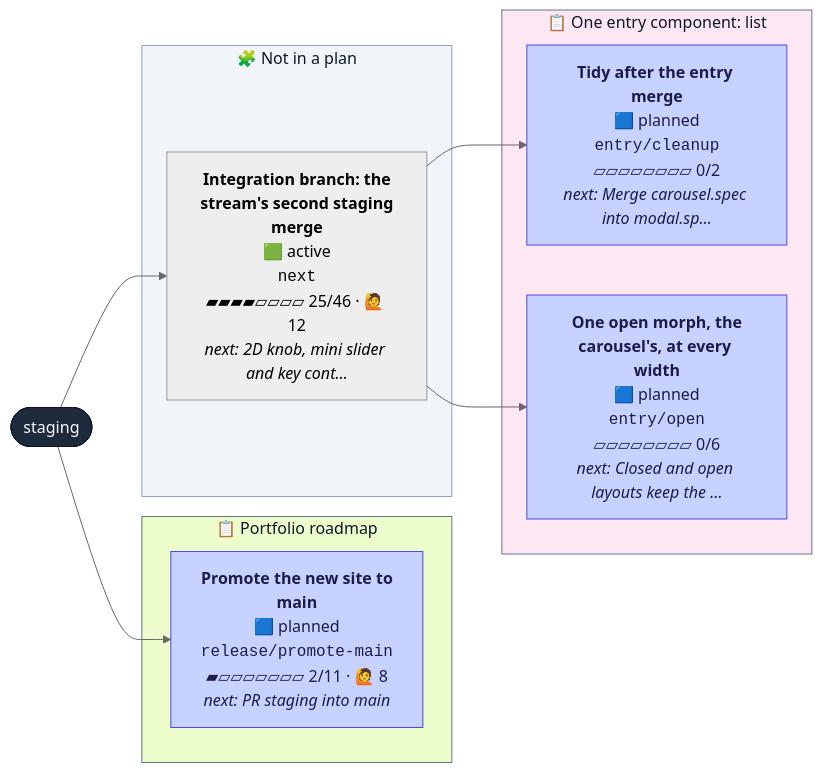
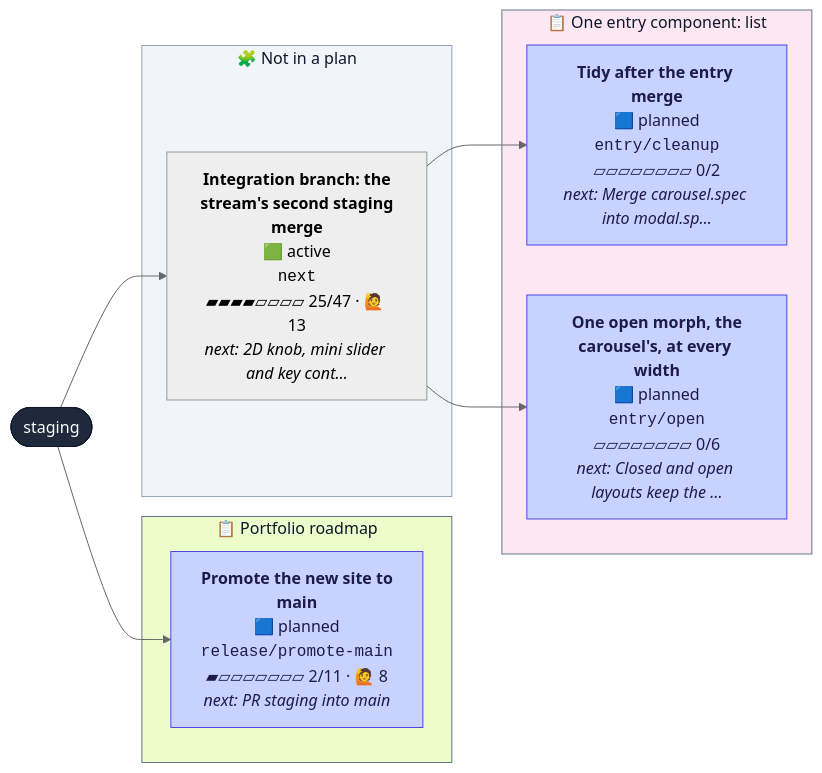
One commit to henryjonescodes/portfolio changed the second of 2 diagrams in CONTRIBUTING.md. Above: the diagram before and after it, drawn with Mermaid (neutral theme). The commit also changed other lines of this file and 2 other files, not shown here.

````diff
--- a/CONTRIBUTING.md
+++ b/CONTRIBUTING.md
@@ -78,35 +78,35 @@
 ```mermaid
 flowchart LR
   n_staging([staging])
   class n_staging trunk
   subgraph plan_1["📋 One entry component: list"]
     n_entry_cleanup["<b>Tidy after the entry merge</b><br/>🟦 planned<br/><code>entry/cleanup</code><br/>▱▱▱▱▱▱▱▱ 0/2<br/><i>next: Merge carousel.spec into modal.sp…</i>"]
     class n_entry_cleanup planned
     n_entry_open["<b>One open morph, the<br/>carousel's, at every width</b><br/>🟦 planned<br/><code>entry/open</code><br/>▱▱▱▱▱▱▱▱ 0/6<br/><i>next: Closed and open layouts keep the …</i>"]
     class n_entry_open planned
   end
   style plan_1 fill:#fce7f3,stroke:#64748b,color:#0f172a
   subgraph plan_2["📋 Portfolio roadmap"]
     n_release_promote_main["<b>Promote the new site to<br/>main</b><br/>🟦 planned<br/><code>release/promote-main</code><br/>▰▱▱▱▱▱▱▱ 2/11 · 🙋 8<br/><i>next: PR staging into main</i>"]
     class n_release_promote_main planned
   end
   style plan_2 fill:#ecfccb,stroke:#64748b,color:#0f172a
   subgraph loose["🧩 Not in a plan"]
-    n_next["<b>Integration branch: the<br/>stream's second staging<br/>merge</b><br/>🟩 active<br/><code>next</code><br/>▰▰▰▰▱▱▱▱ 25/46 · 🙋 12<br/><i>next: 2D knob, mini slider and key cont…</i>"]
+    n_next["<b>Integration branch: the<br/>stream's second staging<br/>merge</b><br/>🟩 active<br/><code>next</code><br/>▰▰▰▰▱▱▱▱ 25/47 · 🙋 13<br/><i>next: 2D knob, mini slider and key cont…</i>"]
     class n_next active,current
   end
   style loose fill:#f1f5f9,stroke:#94a3b8,color:#0f172a
   n_next --> n_entry_cleanup
   n_next --> n_entry_open
   n_staging --> n_next
   n_staging --> n_release_promote_main
   classDef merged fill:#dcfce7,stroke:#16a34a,color:#052e16
   classDef todo fill:#ffffff,stroke:#94a3b8,stroke-dasharray:2 2,color:#334155
   classDef planned fill:#c7d2fe,stroke:#4f46e5,color:#1e1b4b
   classDef sketched fill:#f8fafc,stroke:#64748b,stroke-dasharray:4 3,color:#334155
   classDef active fill:#bbf7d0,stroke:#16a34a,stroke-width:3px,color:#052e16
   classDef review fill:#fde68a,stroke:#d97706,stroke-width:3px,color:#451a03
   classDef blocked fill:#fecaca,stroke:#dc2626,stroke-width:3px,color:#450a0a
   classDef trunk fill:#1e293b,stroke:#0f172a,color:#f8fafc
   classDef current stroke:#0ea5e9,stroke-width:5px
 ```
````
